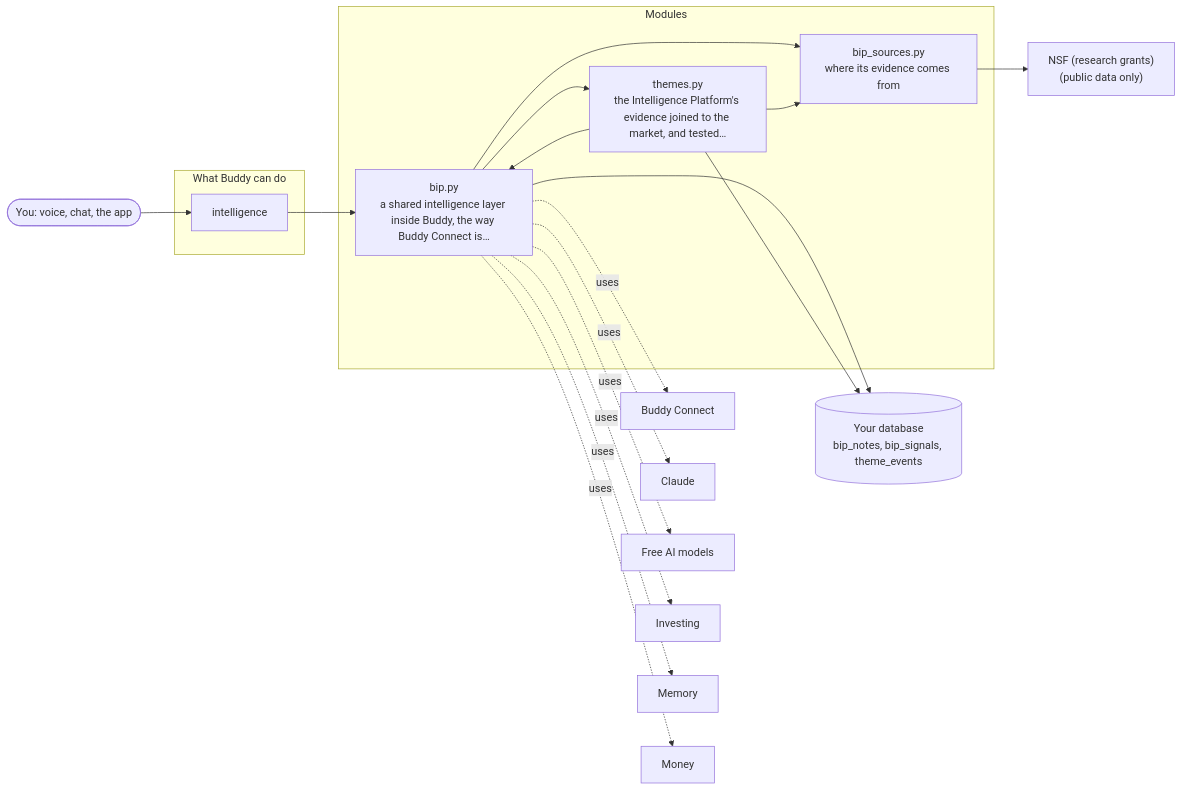
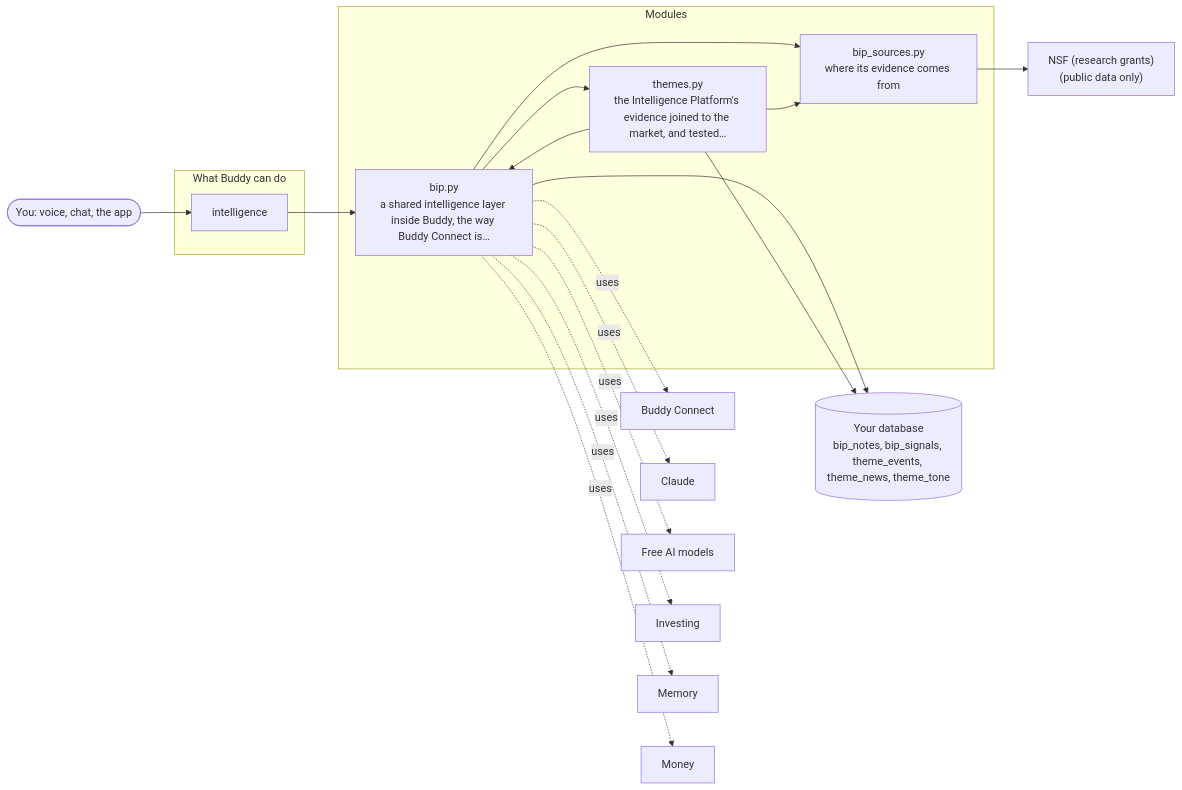
One commit to aneesh304810/BuddyAgent changed the diagram in docs/architecture/20-buddy-intelligence-platform.md. Above: the diagram before and after it, drawn with Mermaid. The commit also changed other lines of this file and 8 other files, not shown here.

First line of the commit message:
Themes: headlines labelled good or bad, news about the companies, joined with Signals

````diff
--- a/docs/architecture/20-buddy-intelligence-platform.md
+++ b/docs/architecture/20-buddy-intelligence-platform.md
@@ -7,35 +7,35 @@
 ```mermaid
 flowchart LR
     you(["You: voice, chat, the app"])
     subgraph Tools["What Buddy can do"]
         t_intelligence["intelligence"]
     end
     subgraph Modules["Modules"]
         bip_py["bip.py<br/>a shared intelligence layer inside Buddy, the way Buddy Connect is…"]
         bip_sources_py["bip_sources.py<br/>where its evidence comes from"]
         themes_py["themes.py<br/>the Intelligence Platform's evidence joined to the market, and tested…"]
     end
     you --> t_intelligence
     t_intelligence --> bip_py
     bip_py --> bip_sources_py
     bip_py --> themes_py
     themes_py --> bip_py
     themes_py --> bip_sources_py
-    db[("Your database<br/>bip_notes, bip_signals, theme_events")]
+    db[("Your database<br/>bip_notes, bip_signals, theme_events, theme_news, theme_tone")]
     bip_py --> db
     themes_py --> db
     s_nsf["NSF (research grants)<br/>(public data only)"]
     bip_sources_py --> s_nsf
     o_0["Buddy Connect"]
     bip_py -. uses .-> o_0
     o_1["Claude"]
     bip_py -. uses .-> o_1
     o_2["Free AI models"]
     bip_py -. uses .-> o_2
     o_3["Investing"]
     bip_py -. uses .-> o_3
     o_4["Memory"]
     bip_py -. uses .-> o_4
     o_5["Money"]
     bip_py -. uses .-> o_5
 ```
````
